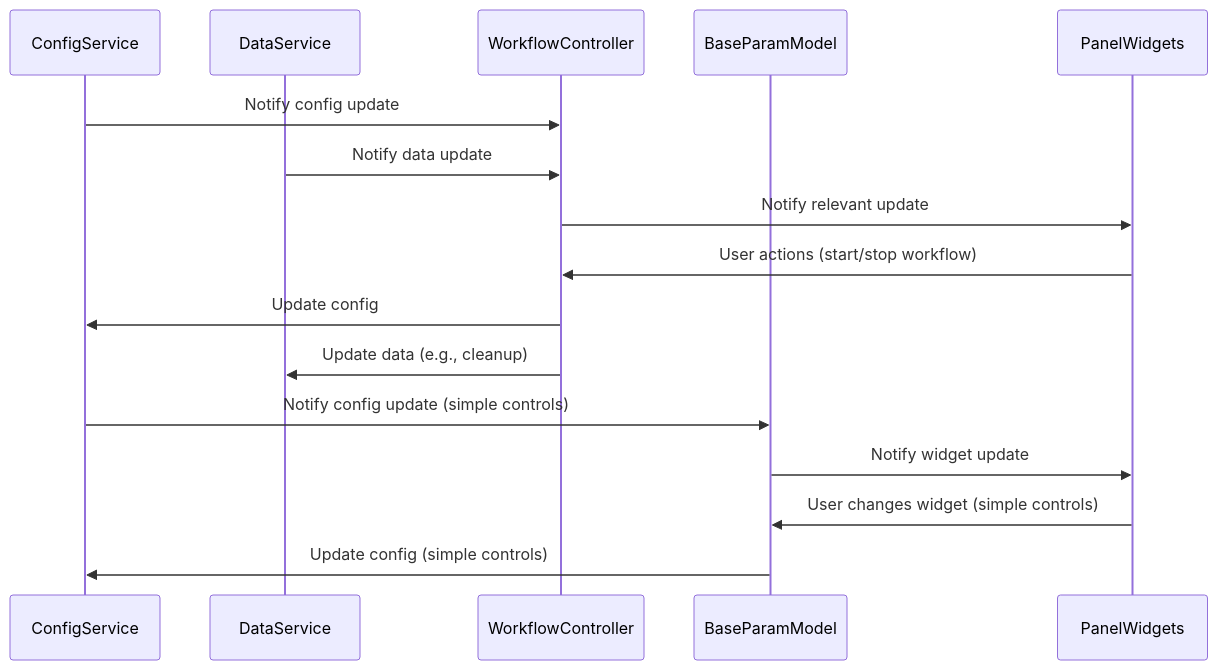
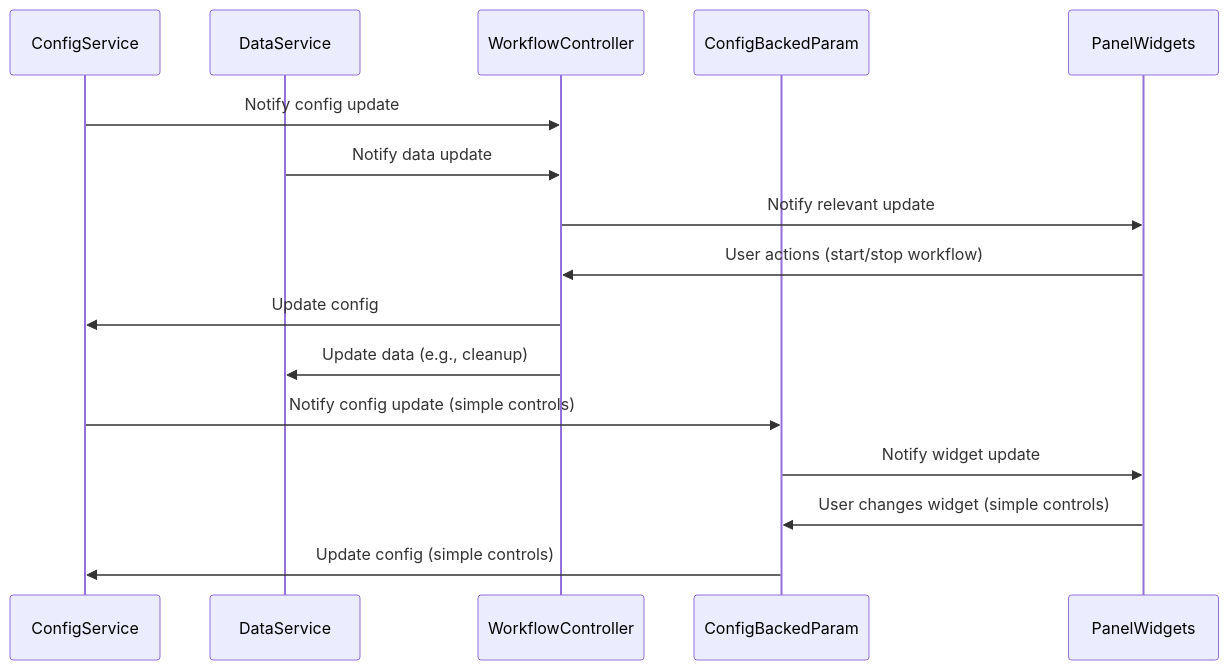
The sixth of 7 diagrams in docs/developer/design/dashboard-architecture.md (scipp/beamlime), drawn with Mermaid before and after one commit. The commit also changed other lines of this file, not shown here.

Commit message:
Improve main diagram, remove confusing one

````diff
--- a/docs/developer/design/dashboard-architecture.md
+++ b/docs/developer/design/dashboard-architecture.md
@@ -298,20 +252,20 @@
 ```mermaid
 sequenceDiagram
     participant ConfigService
     participant DataService
     participant WorkflowController
-    participant BaseParamModel
+    participant ConfigBackedParam
     participant PanelWidgets
 
     ConfigService->>WorkflowController: Notify config update
     DataService->>WorkflowController: Notify data update
     WorkflowController->>PanelWidgets: Notify relevant update
     PanelWidgets->>WorkflowController: User actions (start/stop workflow)
     WorkflowController->>ConfigService: Update config
     WorkflowController->>DataService: Update data (e.g., cleanup)
 
-    ConfigService->>BaseParamModel: Notify config update (simple controls)
-    BaseParamModel->>PanelWidgets: Notify widget update
-    PanelWidgets->>BaseParamModel: User changes widget (simple controls)
-    BaseParamModel->>ConfigService: Update config (simple controls)
+    ConfigService->>ConfigBackedParam: Notify config update (simple controls)
+    ConfigBackedParam->>PanelWidgets: Notify widget update
+    PanelWidgets->>ConfigBackedParam: User changes widget (simple controls)
+    ConfigBackedParam->>ConfigService: Update config (simple controls)
 ```
````
